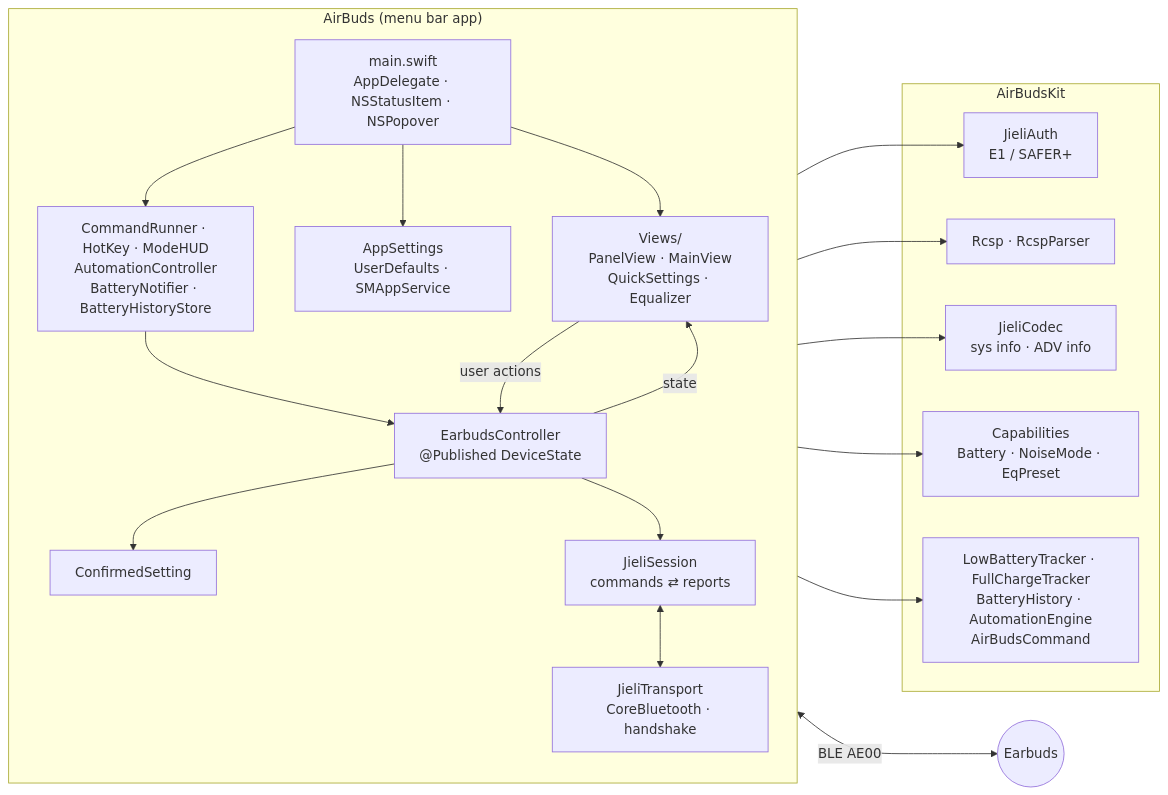
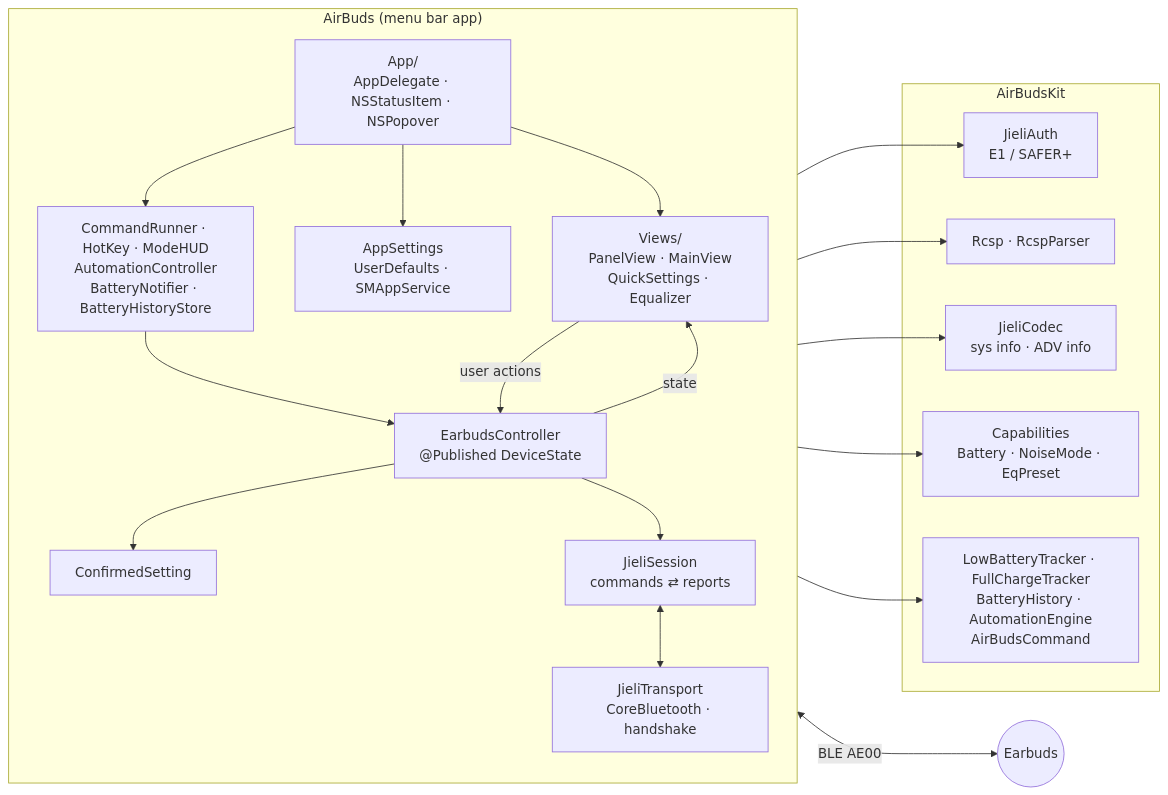
Before and after one commit to abdullahmia/airbuds: the first of 4 diagrams in docs/ARCHITECTURE.md, drawn with Mermaid. The commit also changed other lines of this file and 49 other files, not shown here.

````diff
--- a/docs/ARCHITECTURE.md
+++ b/docs/ARCHITECTURE.md
@@ -17,38 +17,38 @@
 ```mermaid
 flowchart LR
     subgraph App["AirBuds (menu bar app)"]
         direction TB
-        Main["main.swift<br/>AppDelegate · NSStatusItem · NSPopover"]
+        Main["App/<br/>AppDelegate · NSStatusItem · NSPopover"]
         Views["Views/<br/>PanelView · MainView<br/>QuickSettings · Equalizer"]
         Controller["EarbudsController<br/>@Published DeviceState"]
         Confirm["ConfirmedSetting"]
         Session["JieliSession<br/>commands ⇄ reports"]
         Transport["JieliTransport<br/>CoreBluetooth · handshake"]
         Settings["AppSettings<br/>UserDefaults · SMAppService"]
         Extras["CommandRunner · HotKey · ModeHUD<br/>AutomationController<br/>BatteryNotifier · BatteryHistoryStore"]
     end
     subgraph Kit["AirBudsKit"]
         Auth["JieliAuth<br/>E1 / SAFER+"]
         Rcsp["Rcsp · RcspParser"]
         Codec["JieliCodec<br/>sys info · ADV info"]
         Models["Capabilities<br/>Battery · NoiseMode · EqPreset"]
         Logic["LowBatteryTracker · FullChargeTracker<br/>BatteryHistory · AutomationEngine<br/>AirBudsCommand"]
     end
     Buds(("Earbuds"))
 
     Main --> Views
     Main --> Settings
     Main --> Extras
     Extras --> Controller
     Extras --> Logic
     Views -- "user actions" --> Controller
     Controller -- "state" --> Views
     Controller --> Confirm
     Controller --> Session
     Controller --> Models
     Session --> Rcsp
     Session --> Codec
     Session <--> Transport
     Transport --> Auth
     Transport <-- "BLE AE00" --> Buds
 ```
````
